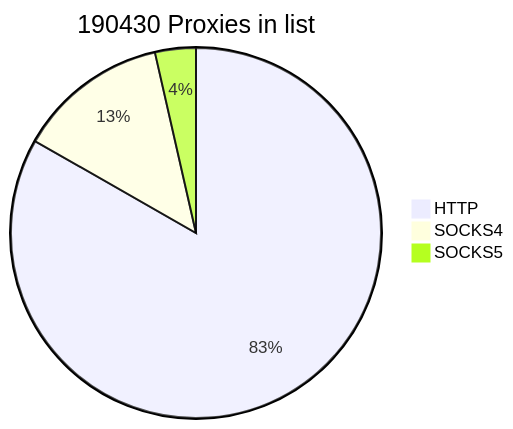
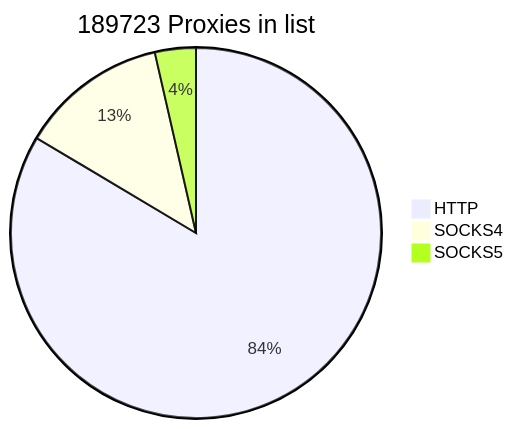
The first of 2 diagrams in README.md (cutipu/proxylist), drawn with Mermaid before and after one commit. The commit also changed other lines of this file, not shown here.

````diff
--- a/README.md
+++ b/README.md
@@ -2,7 +2,7 @@
 ```mermaid
-pie title 190430 Proxies in list
-    "HTTP" : 158547
-    "SOCKS4" : 25103
+pie title 189723 Proxies in list
+    "HTTP" : 158520
+    "SOCKS4" : 24423
     "SOCKS5" : 6780
             
 ```
````
